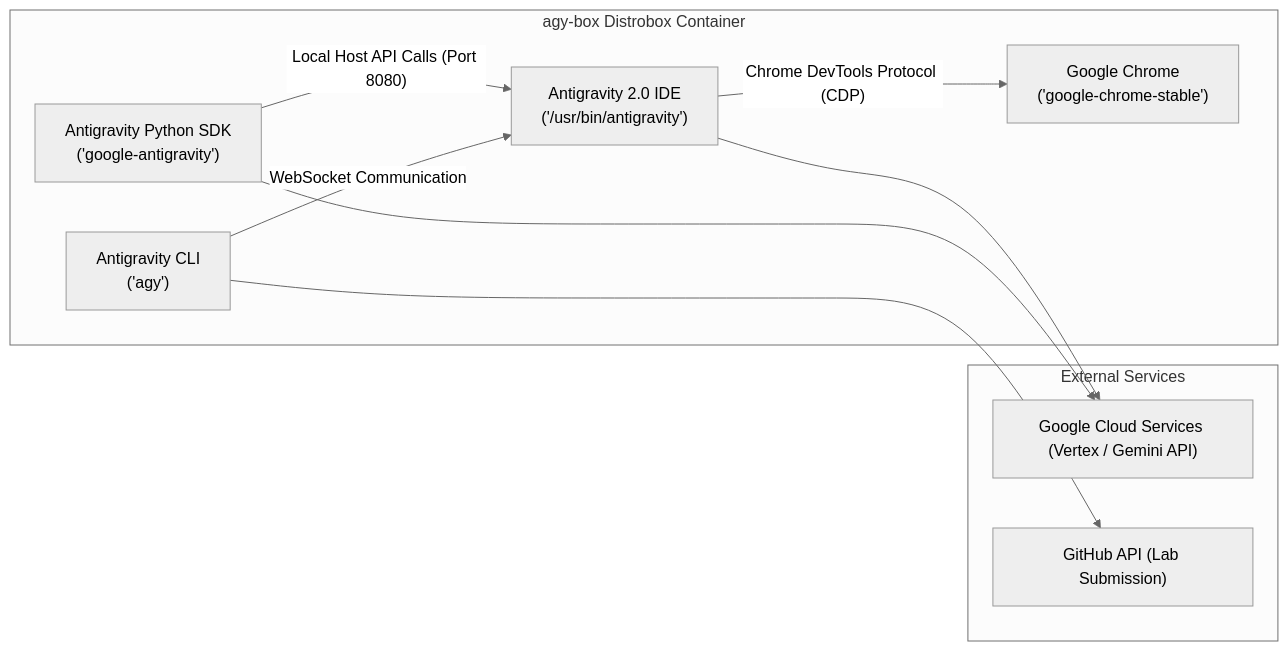
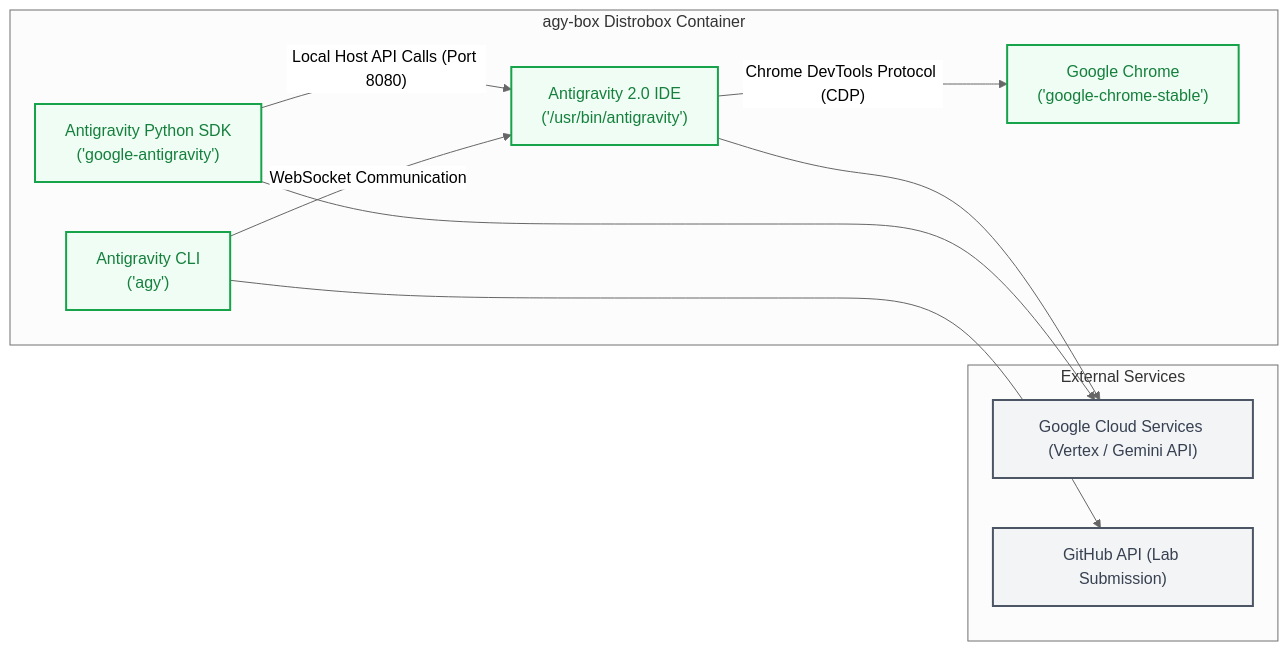
One commit to wtg-codes/agy-box changed the second of 2 diagrams in README.md. Above: the diagram before and after it, drawn with Mermaid (neutral theme). The commit also changed other lines of this file and 5 other files, not shown here.

Commit message:
docs: update architecture diagrams, guides, and integrate first-time setup assistant

````diff
--- a/README.md
+++ b/README.md
@@ -86,22 +138,29 @@
 ```mermaid
 flowchart LR
     subgraph Sandbox ["agy-box Distrobox Container"]
         SDK["Antigravity Python SDK<br>('google-antigravity')"]
         CLI["Antigravity CLI<br>('agy')"]
         IDE["Antigravity 2.0 IDE<br>('/usr/bin/antigravity')"]
         Chrome["Google Chrome<br>('google-chrome-stable')"]
         
         SDK -->|"Local Host API Calls (Port 8080)"| IDE
         CLI -->|"WebSocket Communication"| IDE
         IDE -->|"Chrome DevTools Protocol (CDP)"| Chrome
     end
     
     subgraph External ["External Services"]
         GCS["Google Cloud Services (Vertex / Gemini API)"]
         GH["GitHub API (Lab Submission)"]
     end
 
     IDE --> GCS
     SDK --> GCS
     CLI --> GH
+
+    %% Styling
+    classDef container fill:#f0fdf4,stroke:#16a34a,stroke-width:2px,color:#15803d;
+    classDef external fill:#f3f4f6,stroke:#4b5563,stroke-width:2px,color:#374151;
+
+    class SDK,CLI,IDE,Chrome container;
+    class GCS,GH external;
 ```
````
